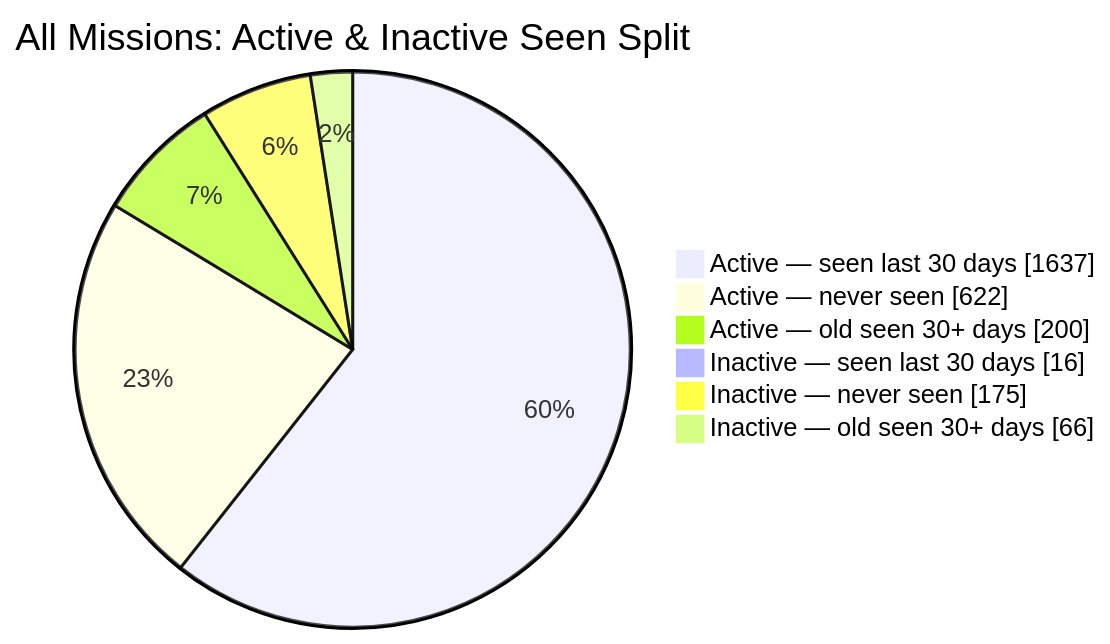
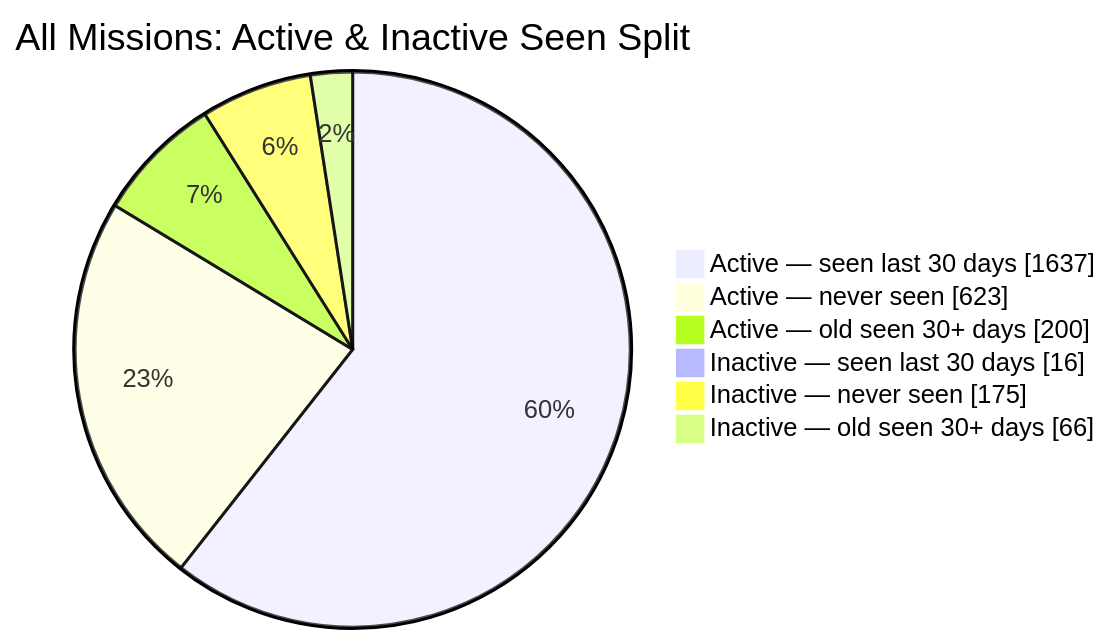
One commit to MeldkamerspelGameTeam/active-missions changed the second of 2 diagrams in README.md. Above: the diagram before and after it, drawn with Mermaid. The commit also changed other lines of this file and 3 other files, not shown here.

````diff
--- a/README.md
+++ b/README.md
@@ -44,10 +44,10 @@
 ```mermaid
 pie showData
     title All Missions: Active & Inactive Seen Split
     "Active — seen last 30 days" : 1637
-    "Active — never seen" : 622
+    "Active — never seen" : 623
     "Active — old seen 30+ days" : 200
     "Inactive — seen last 30 days" : 16
     "Inactive — never seen" : 175
     "Inactive — old seen 30+ days" : 66
 ```
````
